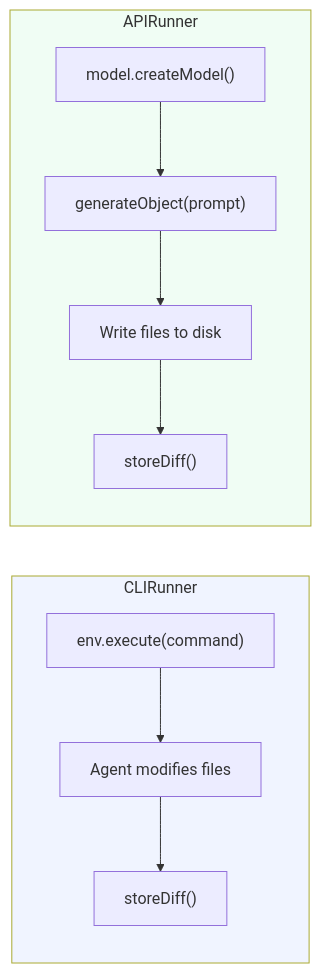
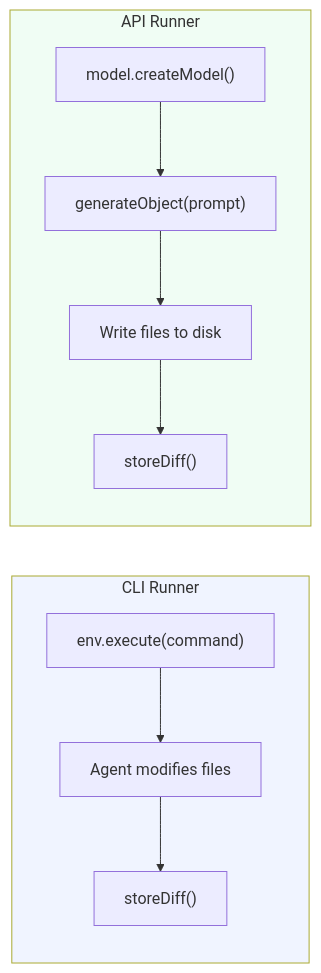
The second of 2 diagrams in apps/docs/guide/runners.md (Tlahey/agent-eval), drawn with Mermaid before and after one commit. The commit also changed other lines of this file and 26 other files, not shown here.

````diff
--- a/apps/docs/guide/runners.md
+++ b/apps/docs/guide/runners.md
@@ -262,16 +262,16 @@
 ```mermaid
 flowchart LR
-    subgraph CLI["CLIRunner"]
+    subgraph CLI["CLI Runner"]
         A["env.execute(command)"] --> B["Agent modifies files"]
         B --> C["storeDiff()"]
     end
 
-    subgraph API["APIRunner"]
+    subgraph API["API Runner"]
         D["model.createModel()"] --> E["generateObject(prompt)"]
         E --> F["Write files to disk"]
         F --> G["storeDiff()"]
     end
 
     style CLI fill:#f0f4ff
     style API fill:#f0fdf4
 ```
````
